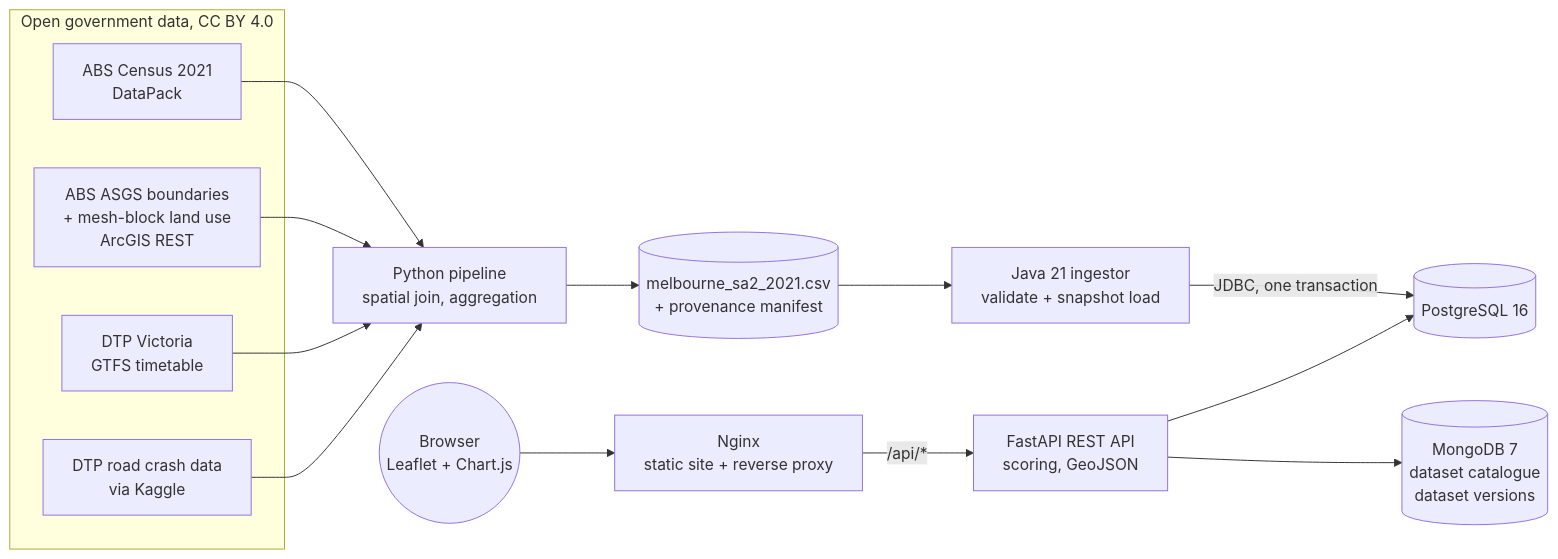
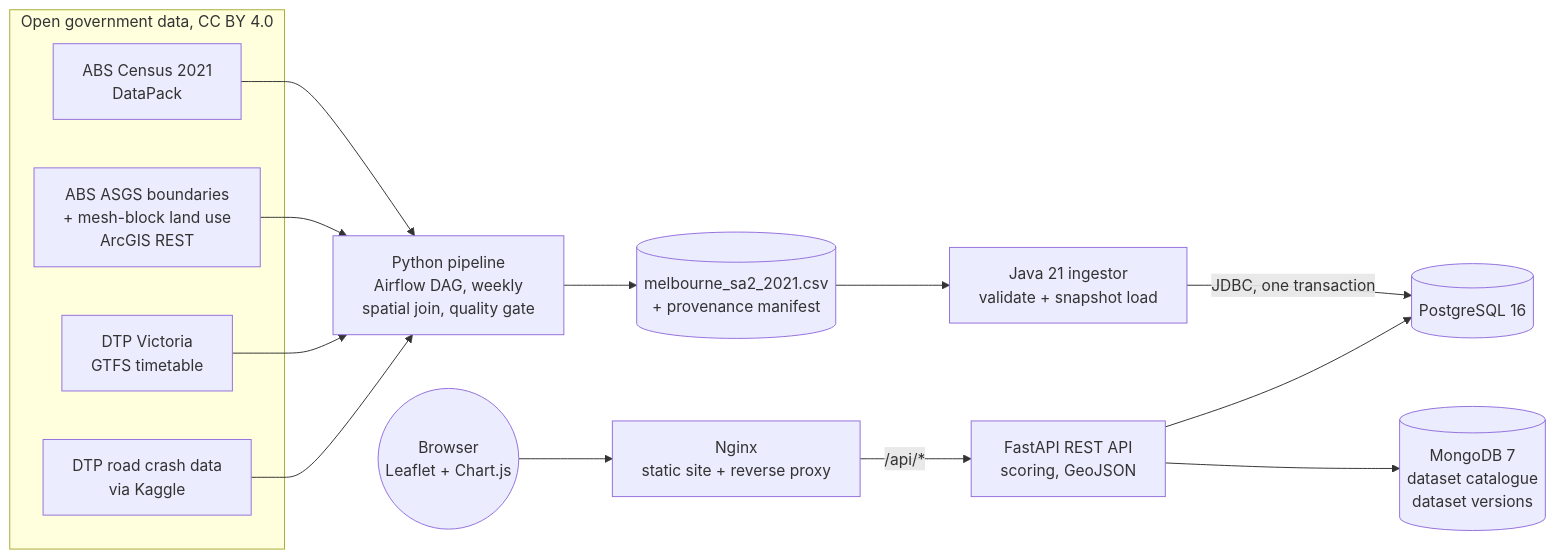
Before and after one commit to Sri0401/project27: the diagram in README.md, drawn with Mermaid. The commit also changed other lines of this file and 12 other files, not shown here.

First line of the commit message:
feat(pipeline): Airflow DAG with parallel extracts, retries and a data-quality gate

````diff
--- a/README.md
+++ b/README.md
@@ -19,17 +19,17 @@
 ```mermaid
 flowchart LR
     subgraph Sources[Open government data, CC BY 4.0]
       CEN[ABS Census 2021<br/>DataPack]
       ASGS[ABS ASGS boundaries<br/>+ mesh-block land use<br/>ArcGIS REST]
       GTFS[DTP Victoria<br/>GTFS timetable]
       CRASH[DTP road crash data<br/>via Kaggle]
     end
-    CEN & ASGS & GTFS & CRASH --> PIPE[Python pipeline<br/>spatial join, aggregation]
+    CEN & ASGS & GTFS & CRASH --> PIPE[Python pipeline<br/>Airflow DAG, weekly<br/>spatial join, quality gate]
     PIPE --> CSV[(melbourne_sa2_2021.csv<br/>+ provenance manifest)]
     CSV --> ING[Java 21 ingestor<br/>validate + snapshot load]
     ING -->|JDBC, one transaction| PG[(PostgreSQL 16)]
     API[FastAPI REST API<br/>scoring, GeoJSON] --> PG
     API --> MG[(MongoDB 7<br/>dataset catalogue<br/>dataset versions)]
     WEB[Nginx<br/>static site + reverse proxy] -->|/api/*| API
     U((Browser<br/>Leaflet + Chart.js)) --> WEB
 ```
````
